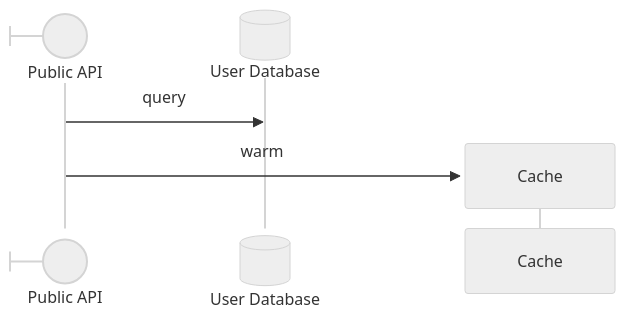
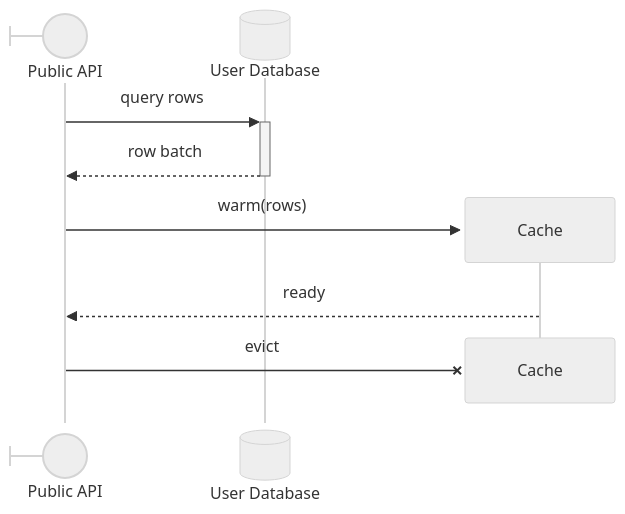
The second of 5 diagrams in .claude/skills/mermaid-diagramming/references/syntax-core.md (bsamiee/Rasm), drawn with Mermaid (neutral theme) before and after one commit. The commit also changed other lines of this file and 38 other files, not shown here.

````diff
--- a/.claude/skills/mermaid-diagramming/references/syntax-core.md
+++ b/.claude/skills/mermaid-diagramming/references/syntax-core.md
@@ -59,9 +60,12 @@
 ```mermaid
 sequenceDiagram
     participant API@{ "type": "boundary", "alias": "Public API" }
     actor DB@{ "type": "database" } as User Database
-    API->>DB: query
+    API->>+DB: query rows
+    DB-->>-API: row batch
     create participant Cache
-    API->>Cache: warm
+    API->>Cache: warm(rows)
+    Cache-->>API: ready
     destroy Cache
+    API-xCache: evict
 ```
````
